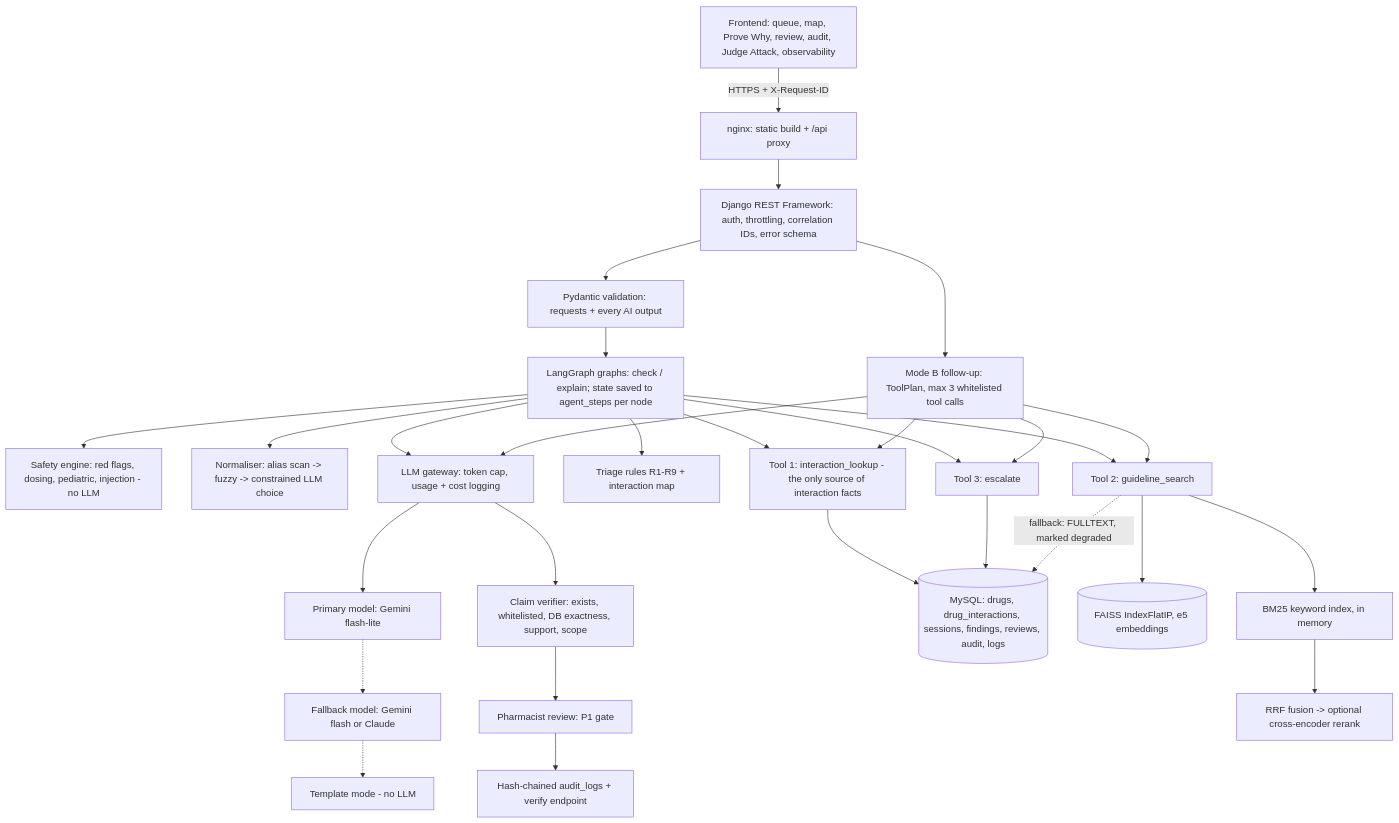
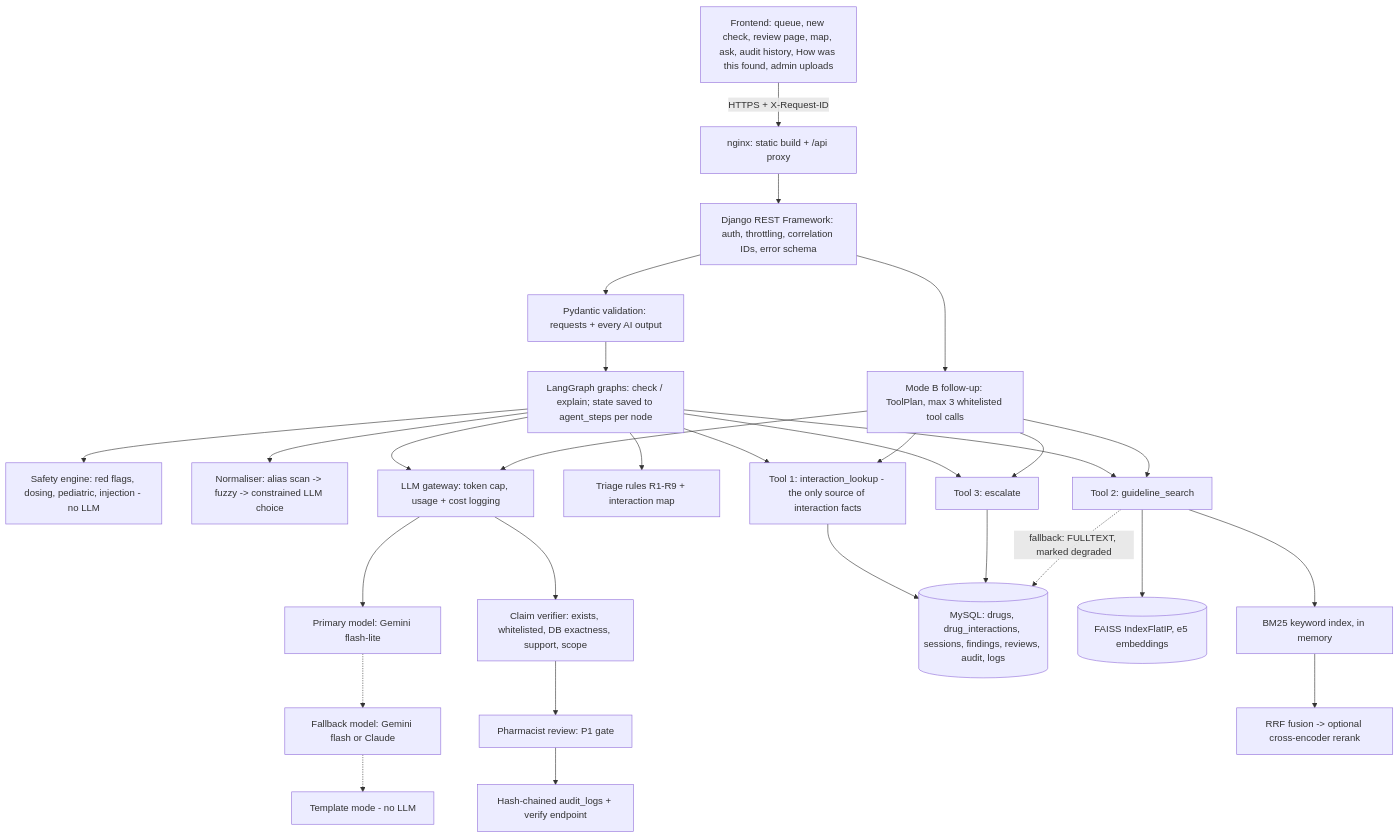
One commit to Avani-Sreejish/RxGuard changed the diagram in docs/architecture.md. Above: the diagram before and after it, drawn with Mermaid. The commit also changed 2 other files, not shown here.

Commit message:
Update README, demo runbook and architecture for the redesigned UI
Requirement table reflects eval run #14 (two targets still FAIL), single-user
real-LLM explain latency, partial regional-language support and no public URL yet.

````diff
--- a/docs/architecture.md
+++ b/docs/architecture.md
@@ -5,28 +5,28 @@
 ```mermaid
 flowchart TD
-  FE[Frontend: queue, map, Prove Why, review, audit, Judge Attack, observability] -->|HTTPS + X-Request-ID| NG[nginx: static build + /api proxy]
+  FE[Frontend: queue, new check, review page, map, ask, audit history, How was this found, admin uploads] -->|HTTPS + X-Request-ID| NG[nginx: static build + /api proxy]
   NG --> API[Django REST Framework: auth, throttling, correlation IDs, error schema]
   API --> VAL[Pydantic validation: requests + every AI output]
   VAL --> AG[LangGraph graphs: check / explain; state saved to agent_steps per node]
   API --> ASK[Mode B follow-up: ToolPlan, max 3 whitelisted tool calls]
   AG --> SAFE[Safety engine: red flags, dosing, pediatric, injection - no LLM]
   AG --> NORM[Normaliser: alias scan -> fuzzy -> constrained LLM choice]
   AG --> T1[Tool 1: interaction_lookup - the only source of interaction facts]
   AG --> TRI[Triage rules R1-R9 + interaction map]
   AG --> T2[Tool 2: guideline_search]
   AG --> T3[Tool 3: escalate]
   ASK --> T1
   ASK --> T2
   ASK --> T3
   AG --> GW[LLM gateway: token cap, usage + cost logging]
   ASK --> GW
   GW --> M1[Primary model: Gemini flash-lite] -.-> M2[Fallback model: Gemini flash or Claude] -.-> TPL[Template mode - no LLM]
   GW --> VER[Claim verifier: exists, whitelisted, DB exactness, support, scope]
   VER --> HITL[Pharmacist review: P1 gate]
   HITL --> AUD[Hash-chained audit_logs + verify endpoint]
   T1 --> DB[(MySQL: drugs, drug_interactions, sessions, findings, reviews, audit, logs)]
   T3 --> DB
   T2 --> FX[(FAISS IndexFlatIP, e5 embeddings)]
   T2 --> BM[BM25 keyword index, in memory] --> RRF[RRF fusion -> optional cross-encoder rerank]
   T2 -.fallback: FULLTEXT, marked degraded.-> DB
 ```
````
